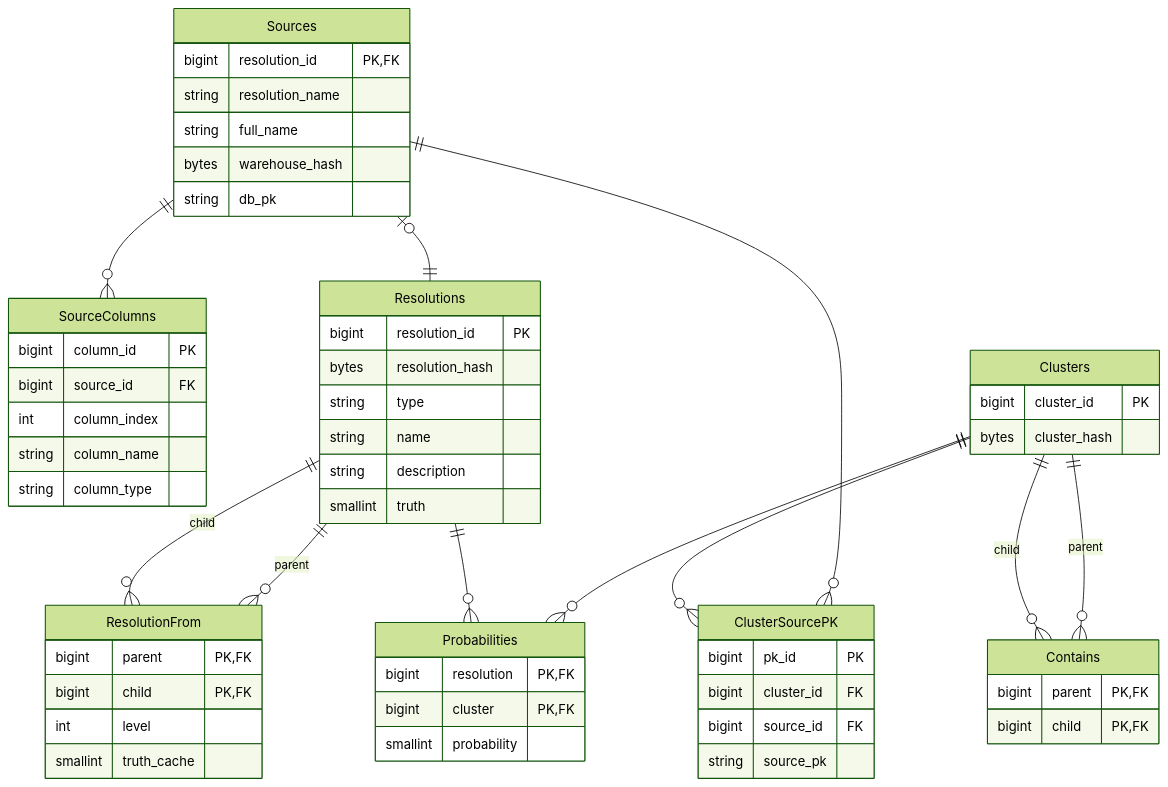
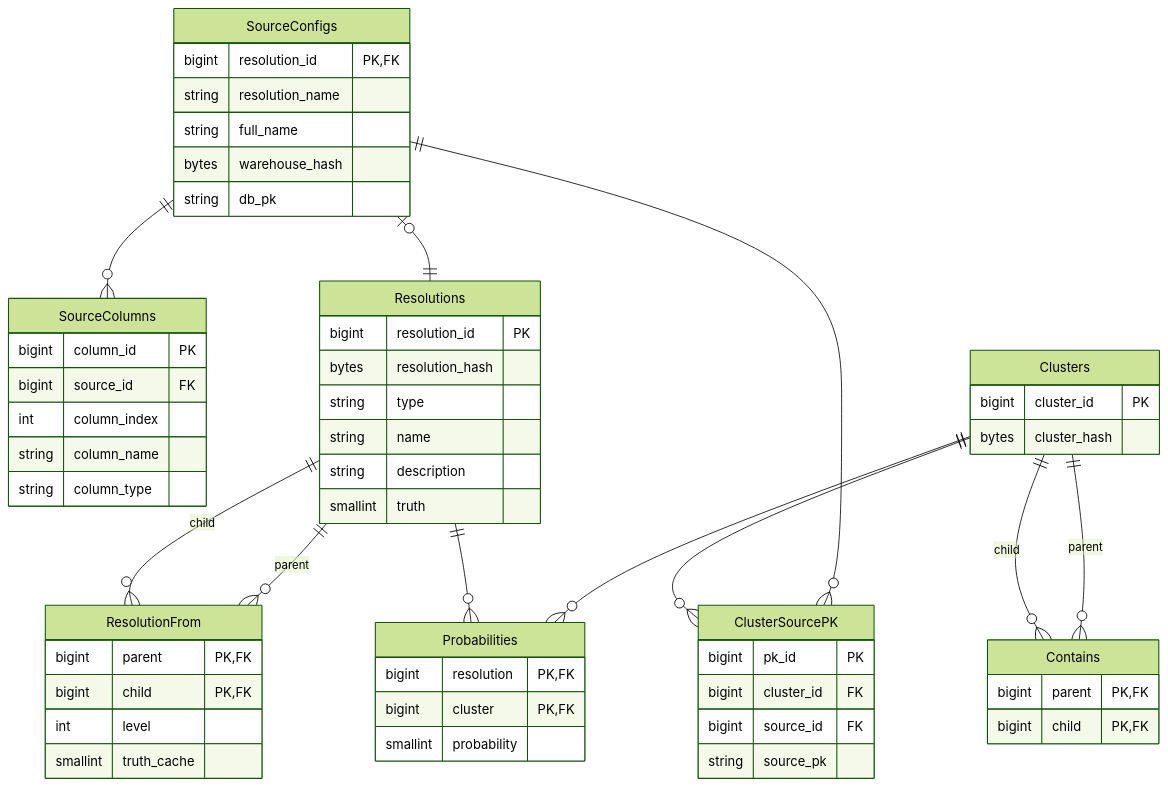
Before and after one commit to will-langdale/matchbox: the diagram in docs/api/server/backends/postgresql.md, drawn with Mermaid (forest theme). The commit also changed 33 other files, not shown here.

````diff
--- a/docs/api/server/backends/postgresql.md
+++ b/docs/api/server/backends/postgresql.md
@@ -10,61 +10,61 @@
 ```mermaid
 erDiagram
-    Sources {
+    SourceConfigs {
         bigint resolution_id PK,FK
         string resolution_name
         string full_name
         bytes warehouse_hash
         string db_pk
     }
     SourceColumns {
         bigint column_id PK
         bigint source_id FK
         int column_index
         string column_name
         string column_type
     }
     Clusters {
         bigint cluster_id PK
         bytes cluster_hash
     }
     ClusterSourcePK {
         bigint pk_id PK
         bigint cluster_id FK
         bigint source_id FK
         string source_pk
     }
     Contains {
         bigint parent PK,FK
         bigint child PK,FK
     }
     Probabilities {
         bigint resolution PK,FK
         bigint cluster PK,FK
         smallint probability
     }
     Resolutions {
         bigint resolution_id PK
         bytes resolution_hash
         string type
         string name
         string description
         smallint truth
     }
     ResolutionFrom {
         bigint parent PK,FK
         bigint child PK,FK
         int level
         smallint truth_cache
     }
 
-    Sources |o--|| Resolutions : ""
-    Sources ||--o{ SourceColumns : ""
-    Sources ||--o{ ClusterSourcePK : ""
+    SourceConfigs |o--|| Resolutions : ""
+    SourceConfigs ||--o{ SourceColumns : ""
+    SourceConfigs ||--o{ ClusterSourcePK : ""
     Clusters ||--o{ ClusterSourcePK : ""
     Clusters ||--o{ Probabilities : ""
     Clusters ||--o{ Contains : "parent"
     Contains }o--|| Clusters : "child"
     Resolutions ||--o{ Probabilities : ""
     Resolutions ||--o{ ResolutionFrom : "parent"
     ResolutionFrom }o--|| Resolutions : "child"
 ```
````
